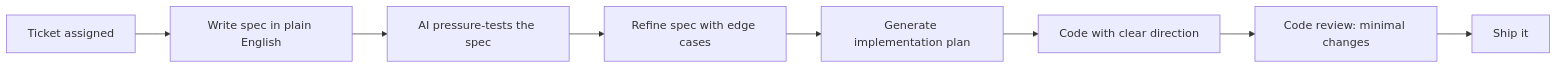
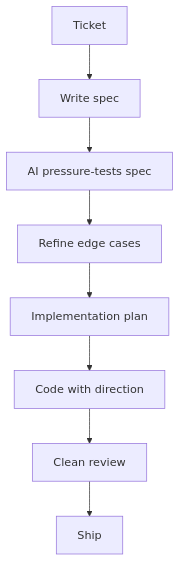
The second of 3 diagrams in client/src/content/posts/spec-first-ai-workflow.md (phatpt8/phatpham), drawn with Mermaid before and after one commit. The commit also changed other lines of this file and 3 other files, not shown here.

Commit message:
feat: mermaid diagrams, fix graph layouts

````diff
--- a/client/src/content/posts/spec-first-ai-workflow.md
+++ b/client/src/content/posts/spec-first-ai-workflow.md
@@ -37,10 +35,10 @@
 ```mermaid
-graph LR
-    A[Ticket assigned] --> B[Write spec in plain English]
-    B --> C[AI pressure-tests the spec]
-    C --> D[Refine spec with edge cases]
-    D --> E[Generate implementation plan]
-    E --> F[Code with clear direction]
-    F --> G[Code review: minimal changes]
-    G --> H[Ship it]
+graph TD
+    A[Ticket] --> B[Write spec]
+    B --> C[AI pressure-tests spec]
+    C --> D[Refine edge cases]
+    D --> E[Implementation plan]
+    E --> F[Code with direction]
+    F --> G[Clean review]
+    G --> H[Ship]
 ```
````
